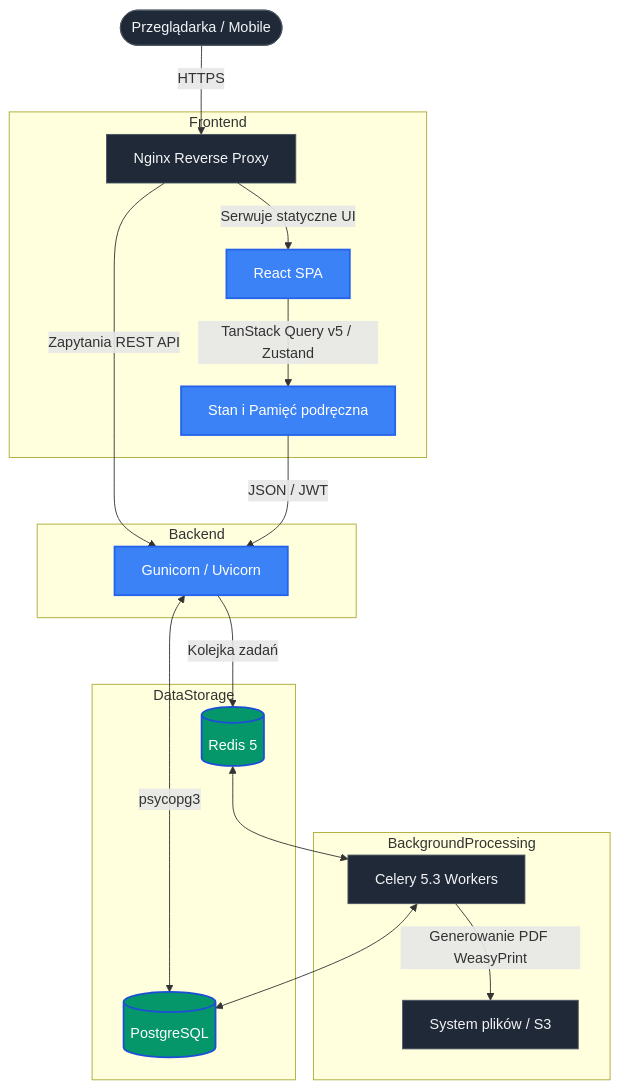
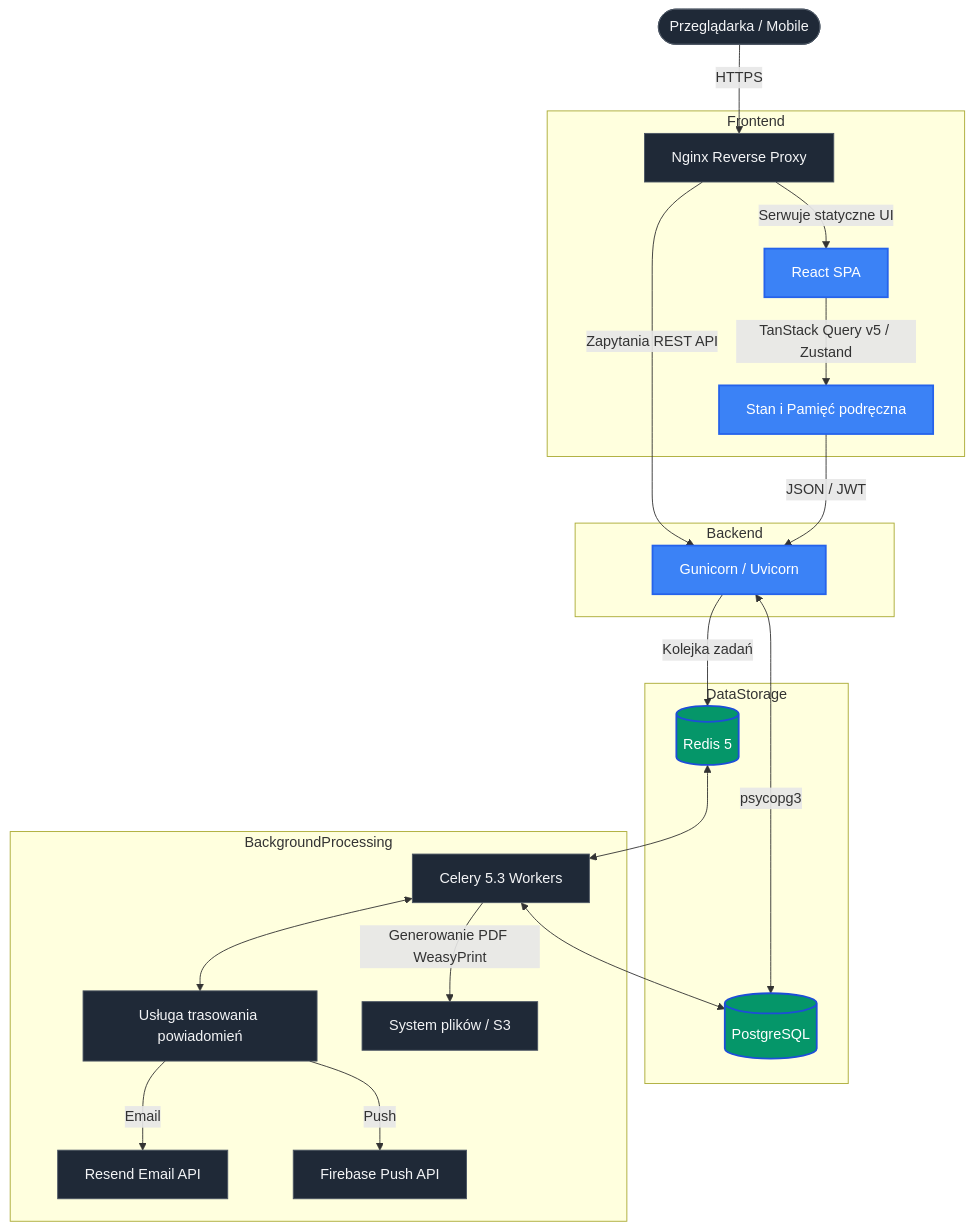
The diagram in README.pl.md (bedikryst/VoctManager), drawn with Mermaid before and after one commit. The commit also changed 1 other file, not shown here.

Commit message:
feat(docs): enhance README and README.pl with NotificationService details in architecture diagram

````diff
--- a/README.pl.md
+++ b/README.pl.md
@@ -27,32 +27,35 @@
 ```mermaid
 graph TD
     Client([Przeglądarka / Mobile]) -->|HTTPS| Nginx[Nginx Reverse Proxy]
 
     subgraph Frontend
         Nginx -->|Serwuje statyczne UI| React[React SPA]
         React -->|TanStack Query v5 / Zustand| StateManager[Stan i Pamięć podręczna]
     end
 
     subgraph Backend
         Nginx -->|Zapytania REST API| Gunicorn[Gunicorn / Uvicorn]
         StateManager -->|JSON / JWT| Gunicorn
     end
 
     subgraph DataStorage
         Gunicorn <-->|psycopg3| DB[(PostgreSQL)]
         Gunicorn -->|Kolejka zadań| Redis[(Redis 5)]
     end
 
     subgraph BackgroundProcessing
         Redis <--> Celery[Celery 5.3 Workers]
+        Celery <--> NotificationService[Usługa trasowania powiadomień]
+        NotificationService -->|Email| Resend[Resend Email API]
+        NotificationService -->|Push| Firebase[Firebase Push API]
         Celery <--> DB
         Celery -->|Generowanie PDF WeasyPrint| Ext[System plików / S3]
     end
 
     classDef default fill:#1f2937,stroke:#4b5563,stroke-width:1px,color:#f3f4f6;
     classDef highlight fill:#3b82f6,stroke:#2563eb,stroke-width:2px,color:#ffffff;
     classDef db fill:#059669,stroke:#1d4ed8,stroke-width:2px,color:#ffffff;
 
     class React,StateManager,Gunicorn highlight;
     class DB,Redis db;
 ```
````
